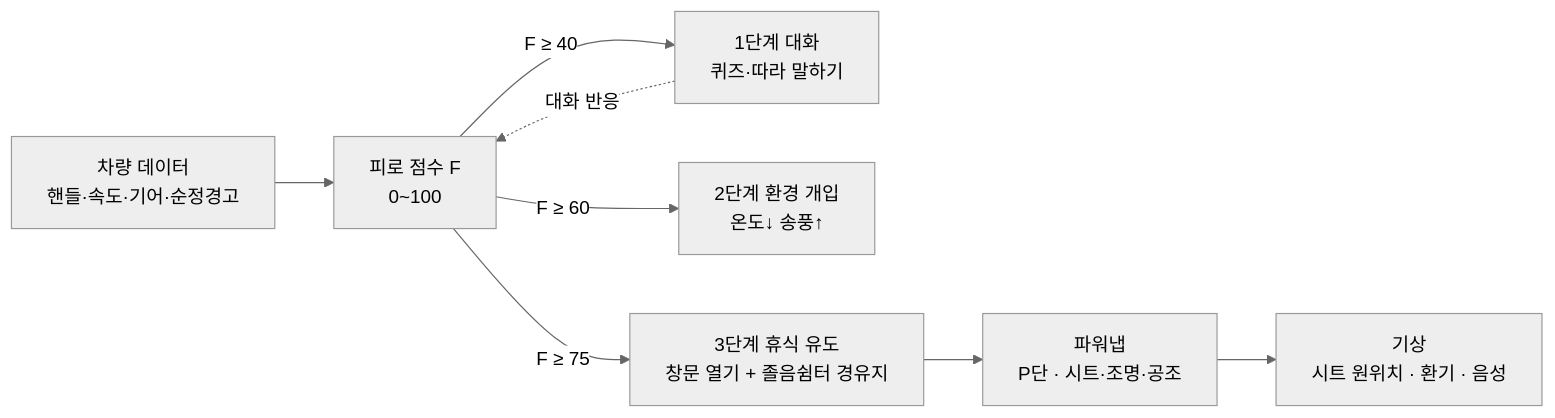
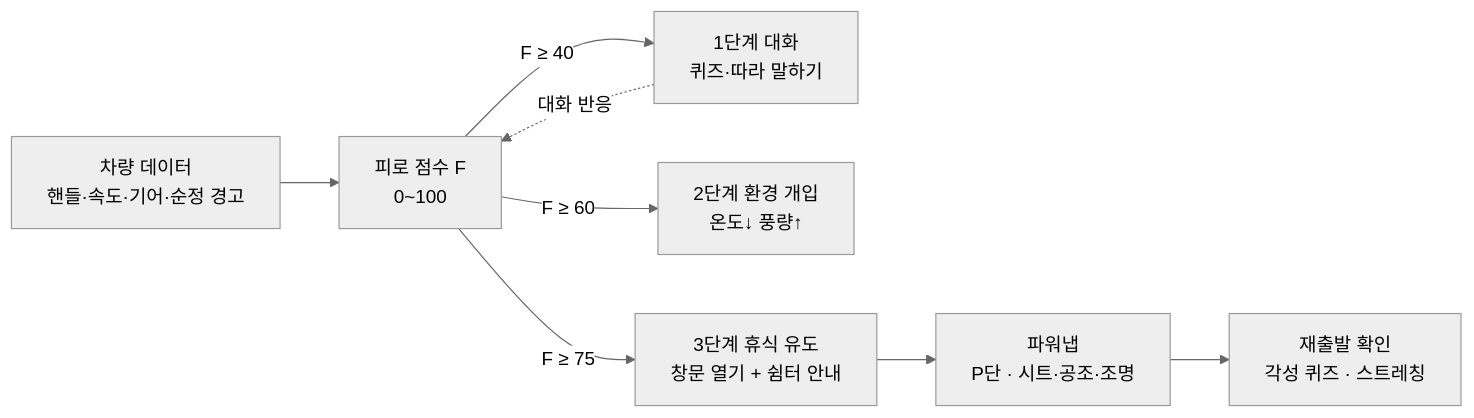
One commit to ddo0S2/motor_rookie changed the diagram in README.md. Above: the diagram before and after it, drawn with Mermaid (neutral theme). The commit also changed other lines of this file, not shown here.

````diff
--- a/README.md
+++ b/README.md
@@ -17,10 +17,10 @@
 ```mermaid
 flowchart LR
-    A[차량 데이터<br/>핸들·속도·기어·순정경고] --> B[피로 점수 F<br/>0~100]
+    A[차량 데이터<br/>핸들·속도·기어·순정 경고] --> B[피로 점수 F<br/>0~100]
     B -->|F ≥ 40| C[1단계 대화<br/>퀴즈·따라 말하기]
-    B -->|F ≥ 60| D[2단계 환경 개입<br/>온도↓ 송풍↑]
-    B -->|F ≥ 75| E[3단계 휴식 유도<br/>창문 열기 + 졸음쉼터 경유지]
-    E --> F[파워냅<br/>P단 · 시트·조명·공조]
-    F --> G[기상<br/>시트 원위치 · 환기 · 음성]
+    B -->|F ≥ 60| D[2단계 환경 개입<br/>온도↓ 풍량↑]
+    B -->|F ≥ 75| E[3단계 휴식 유도<br/>창문 열기 + 쉼터 안내]
+    E --> F[파워냅<br/>P단 · 시트·공조·조명]
+    F --> G[재출발 확인<br/>각성 퀴즈 · 스트레칭]
     C -. 대화 반응 .-> B
 ```
````
